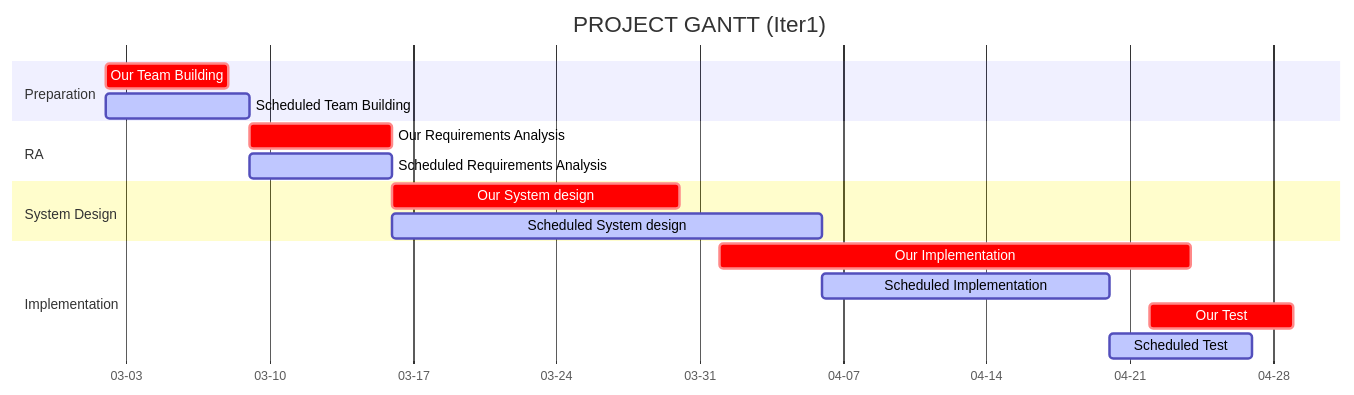
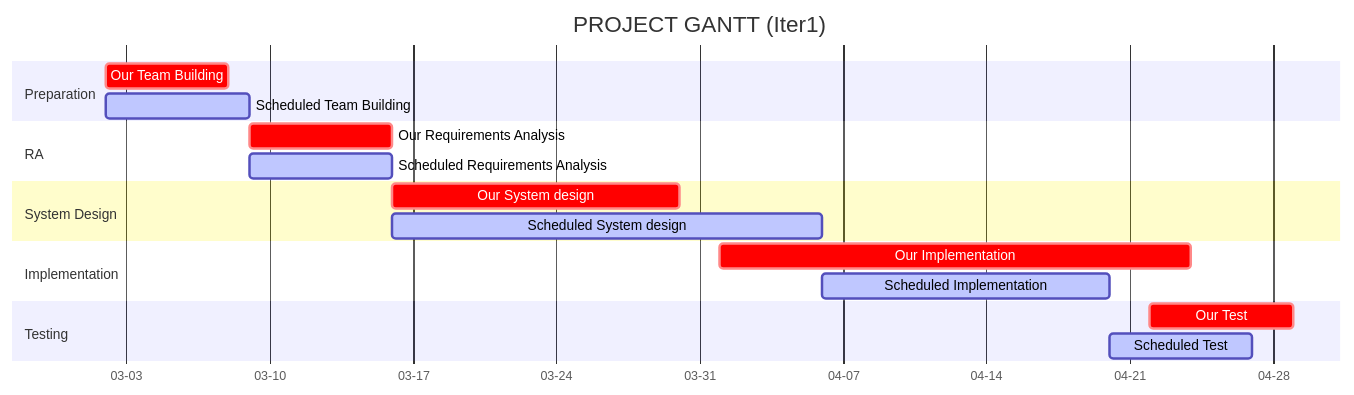
Before and after one commit to zkc3783/dream-share-discover: the diagram in CALENDER.md, drawn with Mermaid.

Commit message:
Gantt updated

````diff
--- a/CALENDER.md
+++ b/CALENDER.md
@@ -9,20 +9,21 @@
 ```mermaid
 gantt
 dateFormat MM-DD
 axisFormat %m-%d
 title PROJECT GANTT (Iter1)
 section Preparation
 Our Team Building: crit, a1, 03-02, 6d
 Scheduled Team Building: active, a3, 03-02, 7d
 section RA
 Our Requirements Analysis: crit, 03-09 , 7d
 Scheduled Requirements Analysis: active, 03-09, 7d
 section System Design
 Our System design: crit, 03-16, 14d
 Scheduled System design: active, 03-16, 21d
 section Implementation
 Our Implementation: crit, 04-01, 23d
 Scheduled Implementation: active, 04-06, 14d
+section Testing
 Our Test: crit, 04-22, 7d
 Scheduled Test: active, 04-20, 7d
 ```
````
